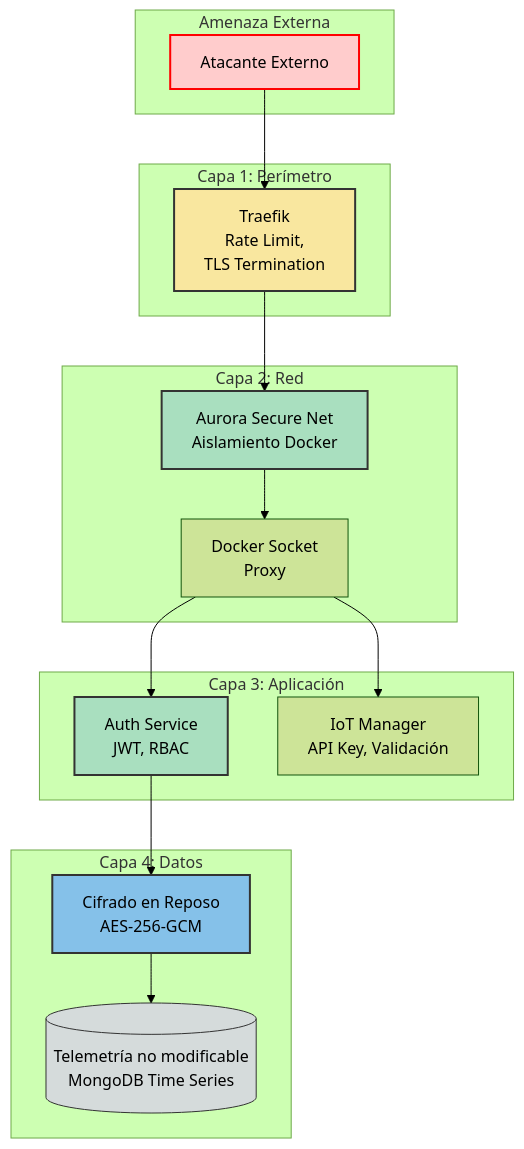
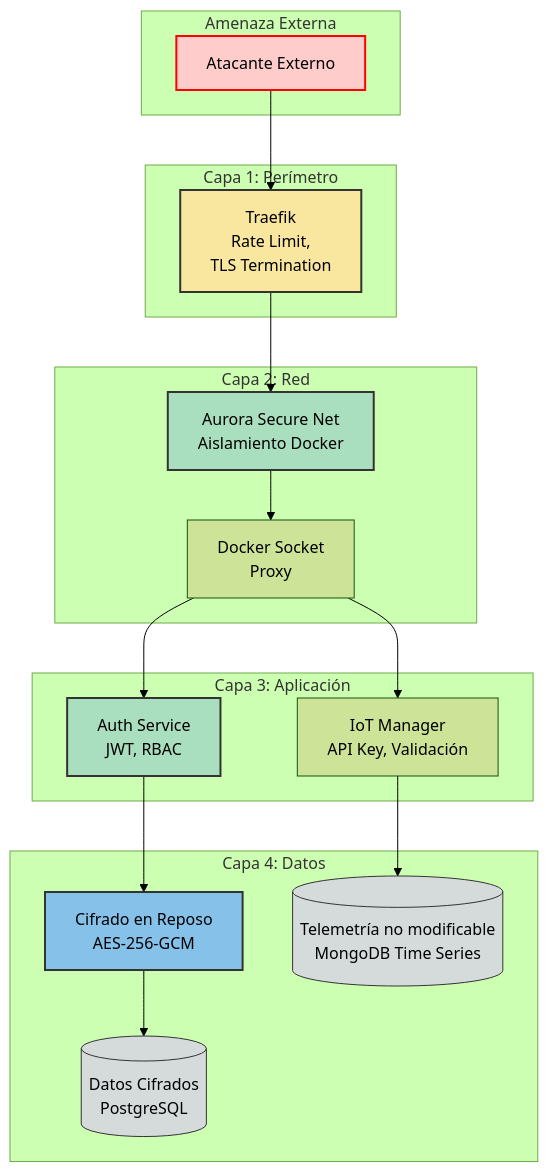
Before and after one commit to eromeroc97/TFG_AURORA_Blockchain: the second of 9 diagrams in docs/PATTERNS_AND_SECURITY.md, drawn with Mermaid (forest theme).

````diff
--- a/docs/PATTERNS_AND_SECURITY.md
+++ b/docs/PATTERNS_AND_SECURITY.md
@@ -103,42 +103,45 @@
 ```mermaid
 
 flowchart TB
     subgraph "Amenaza Externa"
         ATACANTE[Atacante Externo]
     end
 
     subgraph "Capa 1: Perímetro"
         FW[Traefik<br/>Rate Limit,<br/>TLS Termination]
     end
 
     subgraph "Capa 2: Red"
         NETWORK[Aurora Secure Net<br/>Aislamiento Docker]
         PROXY[Docker Socket<br/>Proxy]
     end
 
     subgraph "Capa 3: Aplicación"
         AUTH[Auth Service<br/>JWT, RBAC]
         IOT[IoT Manager<br/>API Key, Validación]
     end
 
     subgraph "Capa 4: Datos"
         DB[(Datos Cifrados<br/>PostgreSQL)]
         CRYPTO[Cifrado en Reposo<br/>AES-256-GCM]
-        DB[(Telemetría no modificable<br/>MongoDB Time Series)]
+        MONGO[(Telemetría no modificable<br/>MongoDB Time Series)]
     end
+
 
     ATACANTE --> FW
     FW --> NETWORK
     NETWORK --> PROXY
     PROXY --> AUTH
     PROXY --> IOT
     AUTH --> CRYPTO
     CRYPTO --> DB
+    IOT --> MONGO
     
     style ATACANTE fill:#ffcccc,stroke:#ff0000,stroke-width:2px
     style FW fill:#f9e79f,stroke:#333,stroke-width:2px
     style NETWORK fill:#a9dfbf,stroke:#333,stroke-width:2px
     style AUTH fill:#a9dfbf,stroke:#333,stroke-width:2px
     style CRYPTO fill:#85c1e9,stroke:#333,stroke-width:2px
     style DB fill:#d5dbdb,stroke:#333
+    style MONGO fill:#d5dbdb,stroke:#333
 ```
````
